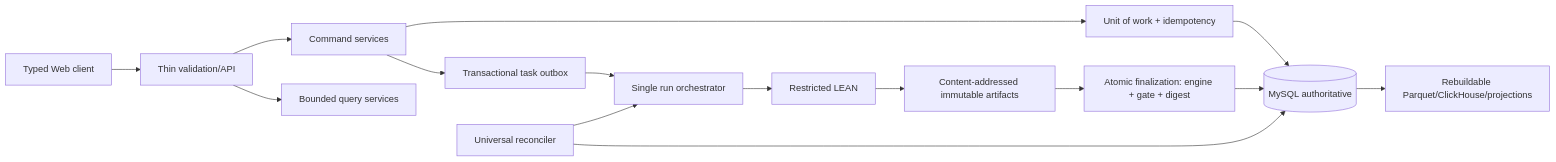
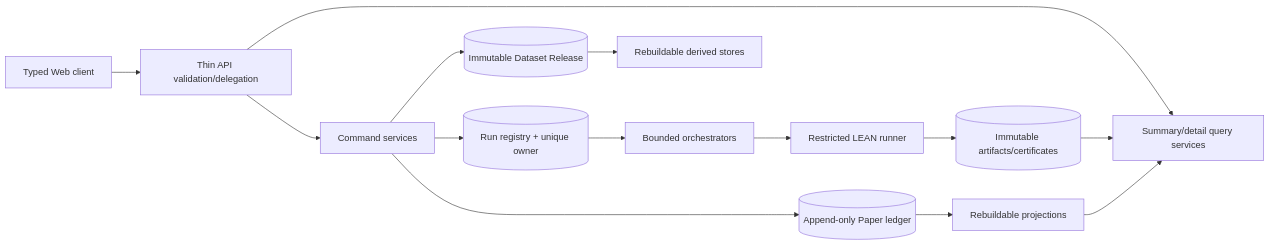
Before and after one commit to magic-alt/lean-local-platform: the ninth of 9 diagrams in docs/audit/actual-environment-system-review-2026-08-02.md, drawn with Mermaid. The commit also changed other lines of this file and 35 other files, not shown here.

````diff
--- a/docs/audit/actual-environment-system-review-2026-08-02.md
+++ b/docs/audit/actual-environment-system-review-2026-08-02.md
@@ -244,17 +232,16 @@
 ```mermaid
 flowchart LR
-  UI[Typed Web client] --> API[Thin validation/API]
-  API --> CMD[Command services]
-  API --> QRY[Bounded query services]
-  CMD --> UOW[Unit of work + idempotency]
-  UOW --> DB[(MySQL authoritative)]
-  CMD --> OUTBOX[Transactional task outbox]
-  OUTBOX --> ORCH[Single run orchestrator]
-  ORCH --> LEAN[Restricted LEAN]
-  LEAN --> IMM[Content-addressed immutable artifacts]
-  IMM --> FINAL[Atomic finalization: engine + gate + digest]
-  FINAL --> DB
-  DB --> DER[Rebuildable Parquet/ClickHouse/projections]
-  RECON[Universal reconciler] --> DB
-  RECON --> ORCH
+  UI[Typed Web client] --> GW[Thin API validation/delegation]
+  GW --> CMD[Command services]
+  GW --> QRY[Summary/detail query services]
+  CMD --> REG[(Run registry + unique owner)]
+  CMD --> REL[(Immutable Dataset Release)]
+  CMD --> LED[(Append-only Paper ledger)]
+  REG --> ORCH[Bounded orchestrators]
+  ORCH --> LEAN[Restricted LEAN runner]
+  LEAN --> ART[(Immutable artifacts/certificates)]
+  REL --> DER[Rebuildable derived stores]
+  LED --> PROJ[Rebuildable projections]
+  ART --> QRY
+  PROJ --> QRY
 ```
````
